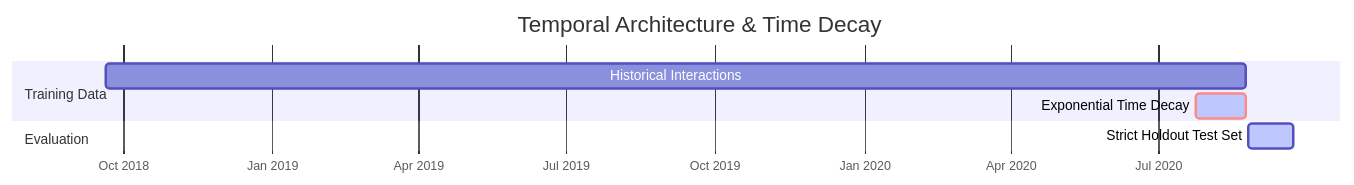
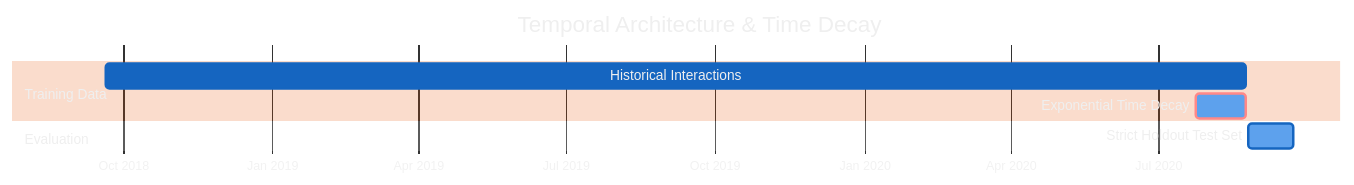
The second of 2 diagrams in README.md (miles2542/hm-recommendation-system), drawn with Mermaid before and after one commit. The commit also changed other lines of this file and 15 other files, not shown here.

````diff
--- a/README.md
+++ b/README.md
@@ -52,13 +69,34 @@
 ```mermaid
+%%{init: { 'theme': 'base', 'themeVariables': { 
+    'primaryColor': '#1565C0',
+    'primaryTextColor': '#efefef',
+    'primaryBorderColor': '#1565C0',
+    'lineColor': '#efefef',
+    'secondaryColor': '#2E7D32',
+    'tertiaryColor': '#E65100',
+    'ganttBarBkgColor': '#1565C0',
+    'ganttBarBorderColor': '#efefef',
+    'ganttBarLabelColor': '#efefef',
+    'ganttCriticalBarFill': '#E65100',
+    'ganttCriticalBarStroke': '#efefef',
+    'ganttActiveBarFill': '#2E7D32',
+    'ganttActiveBarStroke': '#efefef',
+    'ganttSectionBkgColor': '#222',
+    'ganttSectionBkgColor2': '#333',
+    'titleColor': '#efefef',
+    'sectionTitleColor': '#efefef',
+    'gridLineColor': '#444',
+    'axisColor': '#efefef'
+}}}%%
 gantt
     title Temporal Architecture & Time Decay
     dateFormat  YYYY-MM-DD
     axisFormat  %b %Y
     
     section Training Data
     Historical Interactions  :a1, 2018-09-20, 2020-08-24
     Exponential Time Decay   :crit, active, 2020-07-24, 2020-08-24
     
     section Evaluation
     Strict Holdout Test Set :active, 2020-08-25, 2020-09-22
 ```
````
